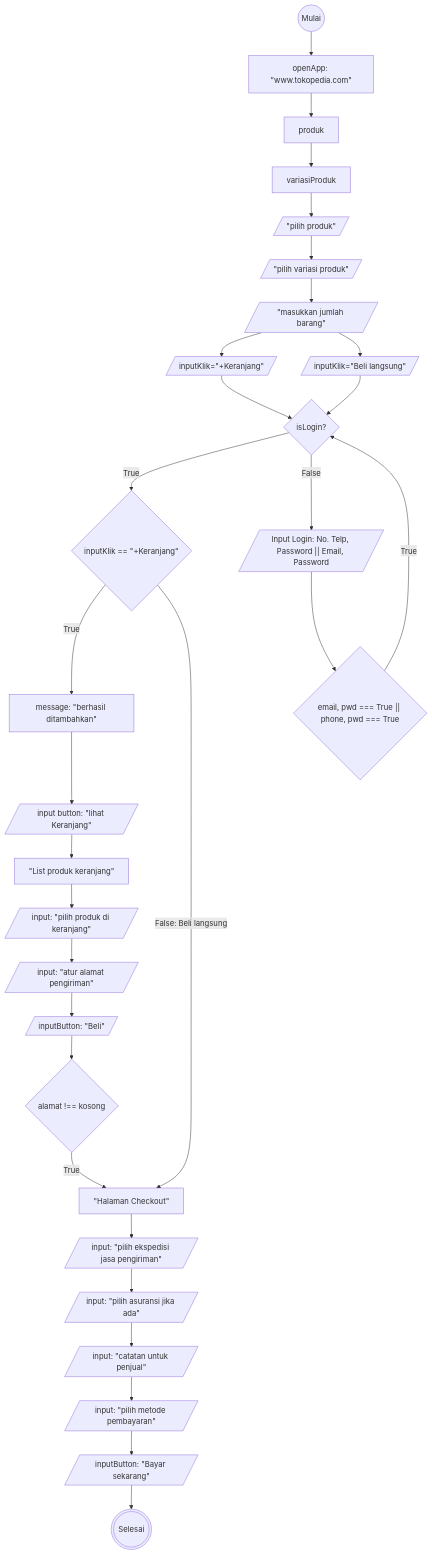
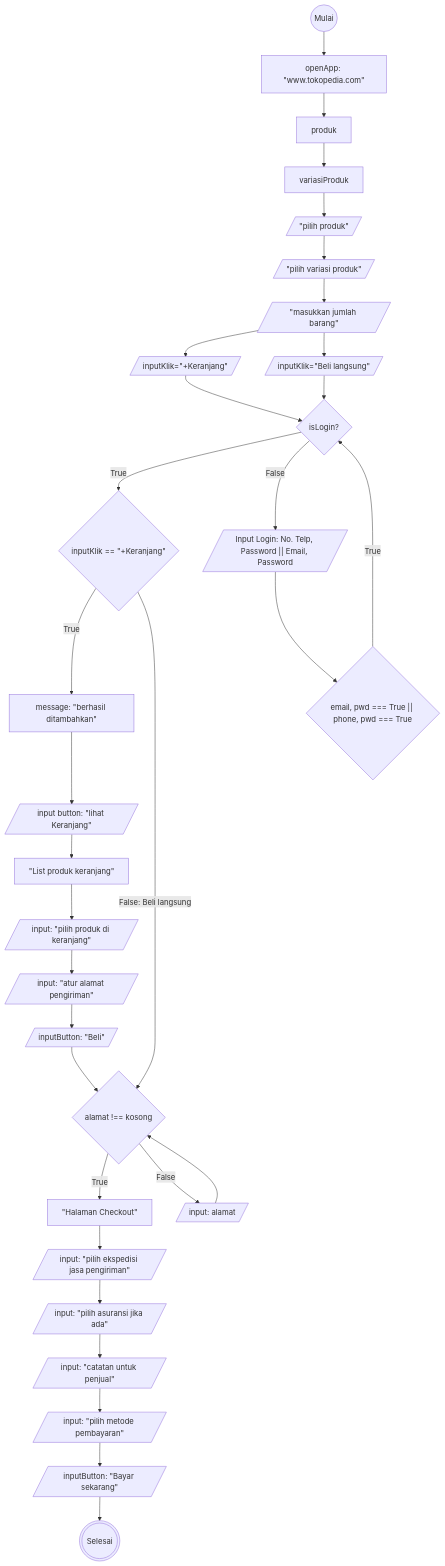
The diagram in algoritma-checkout-tokopedia.md (Arif14377/koda-b6-algoritma), drawn with Mermaid before and after one commit. The commit also changed other lines of this file, not shown here.

````diff
--- a/algoritma-checkout-tokopedia.md
+++ b/algoritma-checkout-tokopedia.md
@@ -25,65 +25,69 @@
 ```mermaid
 flowchart TD
 
 start@{shape: circle, label: "Mulai"}
 openApp@{ shape: rect, label: 'openApp: "www.tokopedia.com"'}
 produk@{ shape: rect, label: "produk"}
 variasiProduk@{ shape: rect, label: "variasiProduk"}
 choiceProduct@{ shape: lean-r, label: '"pilih produk"'}
 choiceVariasi@{ shape: lean-r, label: '"pilih variasi produk"'}
 inputQty@{ shape: lean-r, label: '"masukkan jumlah barang"'}
 inputProcess@{ shape: lean-r, label: 'inputKlik="+Keranjang"' }
 inputProcess2@{ shape: lean-r, label: 'inputKlik="Beli langsung"' }
 isLogin@{ shape: diamond, label: "isLogin?" }
 loginTrue@{ shape: diamond, label: 'inputKlik == "+Keranjang"' }
 loginFalse@{ shape: lean-r, label: 'Input Login: No. Telp, Password || Email, Password' }
 keranjang@{ shape: rect, label: 'message: "berhasil ditambahkan"' }
 keranjang2@{ shape: lean-r, label: 'Klik input: "lihat Keranjang"' }
 keranjang2@{ shape: lean-r, label: 'input button: "lihat Keranjang"' }
 keranjang3@{ shape: rect, label: '"List produk keranjang"' }
 keranjang4@{ shape: lean-r, label: 'input: "pilih produk di keranjang"' }
 keranjang5@{ shape: lean-r, label: 'input: "atur alamat pengiriman"' }
 buttonBuy@{ shape: lean-r, label: 'inputButton: "Beli"' }
 isAlamat@{ shape: diamond, label: 'alamat !== kosong' }
+inputAlamat@{ shape: lean-r, label: "input: alamat" }
 coPage@{ shape: rect, label: '"Halaman Checkout"' }
 ekspedisi@{ shape: lean-r, label: 'input: "pilih ekspedisi jasa pengiriman"' }
 asuransi@{ shape: lean-r, label: 'input: "pilih asuransi jika ada"' }
 notes@{ shape: lean-r, label: 'input: "catatan untuk penjual"' }
 payMethod@{ shape: lean-r, label: 'input: "pilih metode pembayaran"' }
 buttonCheckout@{ shape: lean-r, label: 'inputButton: "Bayar sekarang"' }
 stop@{shape: dbl-circ, label: "Selesai"}
 
 isInputLogin@{ shape: diamond, label: 'email, pwd === True || phone, pwd === True' }
 
 
 start-->openApp
 openApp-->produk
 produk-->variasiProduk
 variasiProduk-->choiceProduct
 choiceProduct-->choiceVariasi
 choiceVariasi-->inputQty
 inputQty-->inputProcess
 inputQty-->inputProcess2
 inputProcess-->isLogin
 inputProcess2-->isLogin
 isLogin--True-->loginTrue
 isLogin--False-->loginFalse
 loginTrue--True-->keranjang
 keranjang-->keranjang2
 keranjang2-->keranjang3
 keranjang3-->keranjang4
 keranjang4-->keranjang5
 keranjang5-->buttonBuy
 buttonBuy-->isAlamat
 isAlamat--True-->coPage
 coPage-->ekspedisi
 ekspedisi-->asuransi
 asuransi-->notes
 notes-->payMethod
 payMethod-->buttonCheckout
 buttonCheckout-->stop
 
 loginFalse-->isInputLogin
 isInputLogin--True-->isLogin
-loginTrue--False: Beli langsung-->coPage
+loginTrue--False: Beli langsung-->isAlamat
+isAlamat--False-->inputAlamat
+inputAlamat-->isAlamat
+
 ```
````
